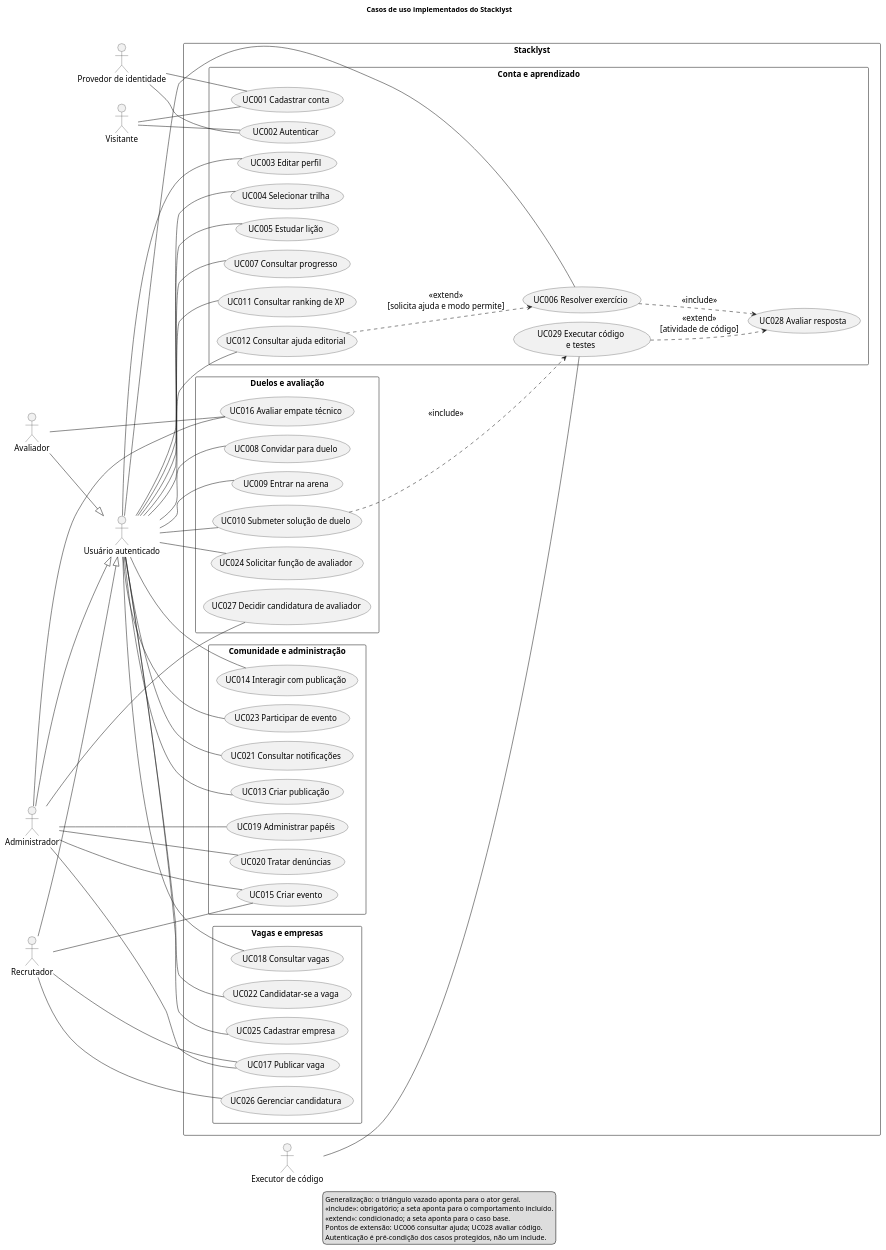
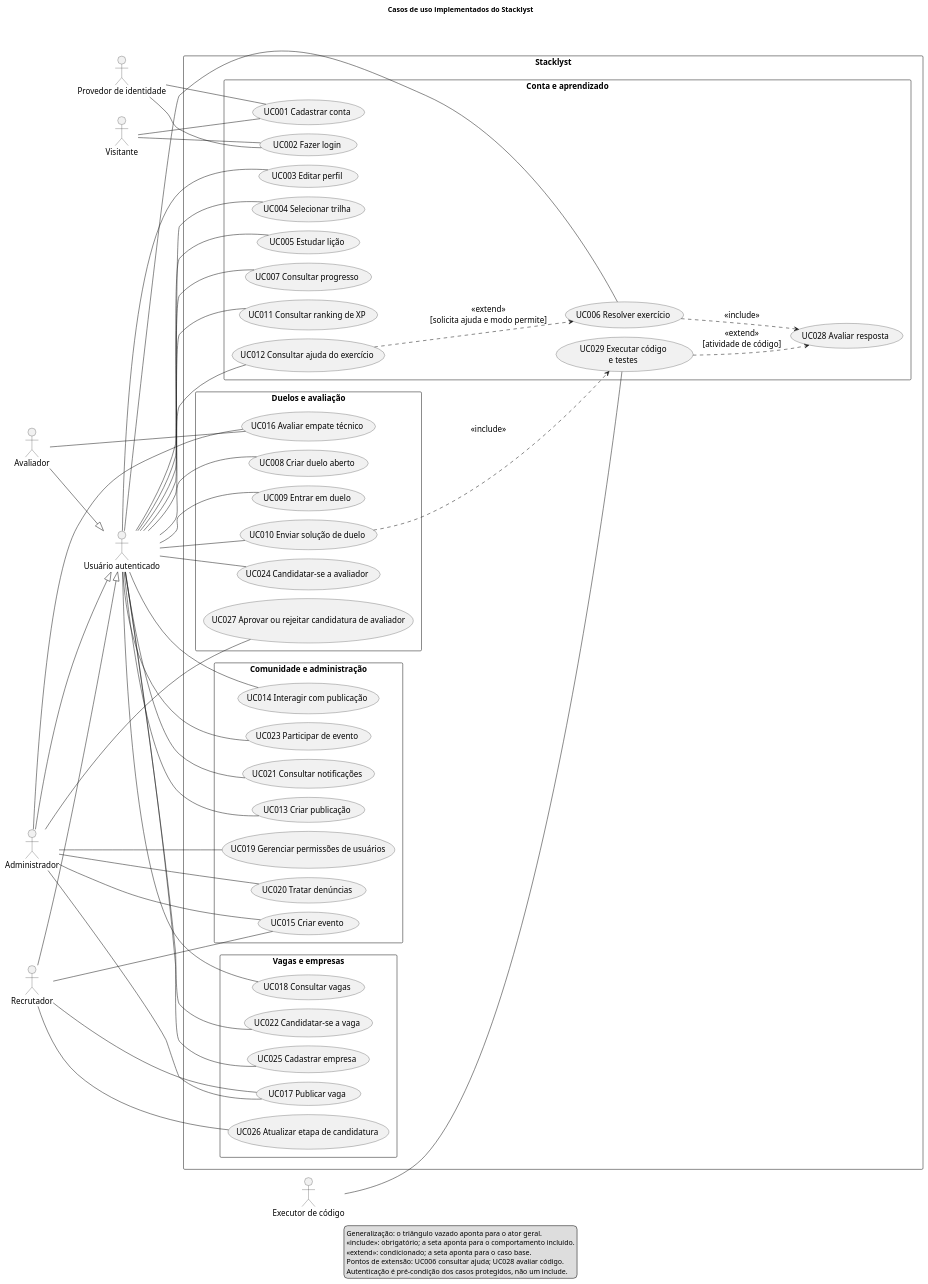
The diagram in docs/laboratorio-engenharia-software/diagramas/fontes/casos-de-uso-stacklyst.puml (pedrotescaro/Stacklyst), drawn with PlantUML before and after one commit. The commit also changed 11 other files, not shown here.

```diff
--- a/docs/laboratorio-engenharia-software/diagramas/fontes/casos-de-uso-stacklyst.puml
+++ b/docs/laboratorio-engenharia-software/diagramas/fontes/casos-de-uso-stacklyst.puml
@@ -1,104 +1,104 @@
 @startuml
 title Casos de uso implementados do Stacklyst
 left to right direction
 skinparam monochrome true
 skinparam shadowing false
 skinparam packageStyle rectangle
 skinparam defaultFontName Arial
 skinparam defaultFontSize 16
 skinparam nodesep 18
 skinparam ranksep 35
 actor Visitante
 actor "Usuário autenticado" as Usuario
 actor Avaliador
 actor Administrador
 actor Recrutador
 actor "Provedor de identidade" as Auth
 actor "Executor de código" as Runner
 rectangle Stacklyst {
  package "Conta e aprendizado" {
   usecase "UC001 Cadastrar conta" as UC001
-  usecase "UC002 Autenticar" as UC002
+  usecase "UC002 Fazer login" as UC002
   usecase "UC003 Editar perfil" as UC003
   usecase "UC004 Selecionar trilha" as UC004
   usecase "UC005 Estudar lição" as UC005
   usecase "UC006 Resolver exercício" as UC006
   usecase "UC007 Consultar progresso" as UC007
   usecase "UC011 Consultar ranking de XP" as UC011
-  usecase "UC012 Consultar ajuda editorial" as UC012
+  usecase "UC012 Consultar ajuda do exercício" as UC012
   usecase "UC028 Avaliar resposta" as UC028
   usecase "UC029 Executar código\ne testes" as UC029
  }
  package "Duelos e avaliação" {
-  usecase "UC008 Convidar para duelo" as UC008
-  usecase "UC009 Entrar na arena" as UC009
-  usecase "UC010 Submeter solução de duelo" as UC010
+  usecase "UC008 Criar duelo aberto" as UC008
+  usecase "UC009 Entrar em duelo" as UC009
+  usecase "UC010 Enviar solução de duelo" as UC010
   usecase "UC016 Avaliar empate técnico" as UC016
-  usecase "UC024 Solicitar função de avaliador" as UC024
-  usecase "UC027 Decidir candidatura de avaliador" as UC027
+  usecase "UC024 Candidatar-se a avaliador" as UC024
+  usecase "UC027 Aprovar ou rejeitar candidatura de avaliador" as UC027
  }
  package "Comunidade e administração" {
   usecase "UC013 Criar publicação" as UC013
   usecase "UC014 Interagir com publicação" as UC014
   usecase "UC015 Criar evento" as UC015
   usecase "UC023 Participar de evento" as UC023
-  usecase "UC019 Administrar papéis" as UC019
+  usecase "UC019 Gerenciar permissões de usuários" as UC019
   usecase "UC020 Tratar denúncias" as UC020
   usecase "UC021 Consultar notificações" as UC021
  }
  package "Vagas e empresas" {
   usecase "UC017 Publicar vaga" as UC017
   usecase "UC018 Consultar vagas" as UC018
   usecase "UC022 Candidatar-se a vaga" as UC022
   usecase "UC025 Cadastrar empresa" as UC025
-  usecase "UC026 Gerenciar candidatura" as UC026
+  usecase "UC026 Atualizar etapa de candidatura" as UC026
  }
 }
 Visitante -- UC001
 Visitante -- UC002
 Auth -- UC001
 Auth -- UC002
 Usuario -- UC003
 Usuario -- UC004
 Usuario -- UC005
 Usuario -- UC006
 Usuario -- UC007
 Usuario -- UC008
 Usuario -- UC009
 Usuario -- UC010
 Usuario -- UC011
 Usuario -- UC012
 Usuario -- UC013
 Usuario -- UC014
 Usuario -- UC018
 Usuario -- UC021
 Usuario -- UC022
 Usuario -- UC023
 Usuario -- UC024
 Runner -- UC029
 Avaliador -- UC016
 Administrador -- UC016
 Administrador -- UC015
 Administrador -- UC017
 Administrador -- UC019
 Administrador -- UC020
 Administrador -- UC027
 Recrutador -- UC015
 Recrutador -- UC017
 Usuario -- UC025
 Recrutador -- UC026
 Avaliador --|> Usuario
 Administrador --|> Usuario
 Recrutador --|> Usuario
 UC006 ..> UC028 : <<include>>
 UC010 ..> UC029 : <<include>>
 UC029 ..> UC028 : <<extend>>\n[atividade de código]
 UC012 ..> UC006 : <<extend>>\n[solicita ajuda e modo permite]
 legend bottom
   Generalização: o triângulo vazado aponta para o ator geral.
   <<include>>: obrigatório; a seta aponta para o comportamento incluído.
   <<extend>>: condicionado; a seta aponta para o caso base.
   Pontos de extensão: UC006 consultar ajuda; UC028 avaliar código.
   Autenticação é pré-condição dos casos protegidos, não um include.
 endlegend
 @enduml
```
